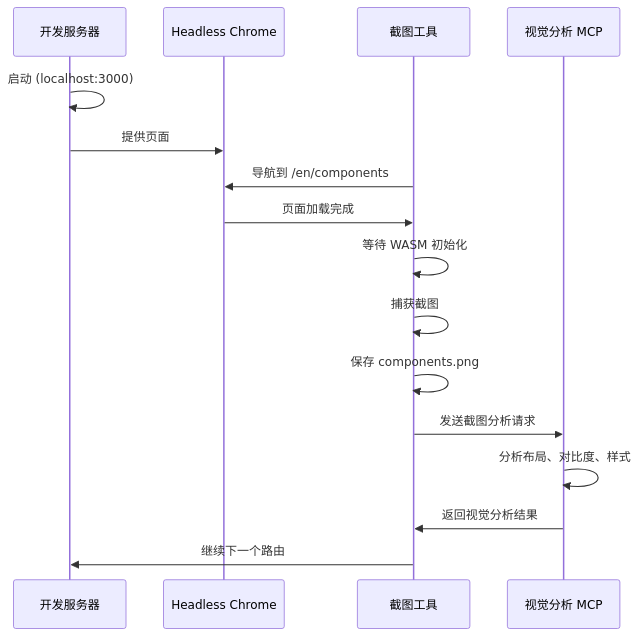
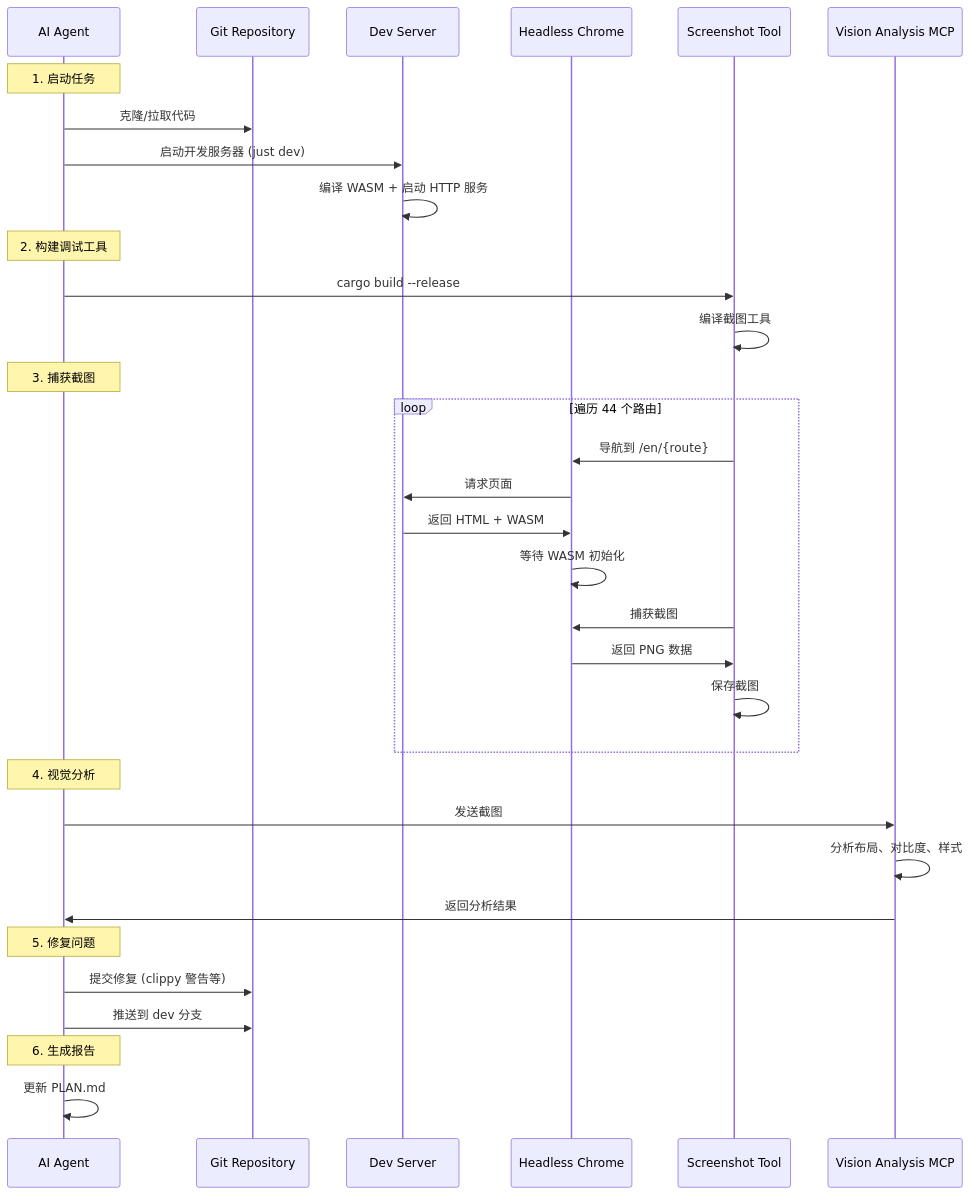
Before and after one commit to celestia-island/hikari: the diagram in PLAN.md, drawn with Mermaid. The commit also changed other lines of this file, not shown here.

Commit message:
docs: finalize PLAN.md - all tasks completed

````diff
--- a/PLAN.md
+++ b/PLAN.md
@@ -71,22 +41,41 @@
 ```mermaid
 sequenceDiagram
-    participant Dev as 开发服务器
-    participant Browser as Headless Chrome
-    participant Tool as 截图工具
-    participant MCP as 视觉分析 MCP
+    participant AI as AI Agent
+    participant Git as Git Repository
+    participant Server as Dev Server
+    participant Chrome as Headless Chrome
+    participant Screenshot as Screenshot Tool
+    participant Vision as Vision Analysis MCP
 
-    Dev->>Dev: 启动 (localhost:3000)
-    Dev->>Browser: 提供页面
+    Note over AI: 1. 启动任务
+    AI->>Git: 克隆/拉取代码
+    AI->>Server: 启动开发服务器 (just dev)
+    Server->>Server: 编译 WASM + 启动 HTTP 服务
 
-    Tool->>Browser: 导航到 /en/components
-    Browser->>Tool: 页面加载完成
-    Tool->>Tool: 等待 WASM 初始化
-    Tool->>Tool: 捕获截图
-    Tool->>Tool: 保存 components.png
+    Note over AI: 2. 构建调试工具
+    AI->>Screenshot: cargo build --release
+    Screenshot->>Screenshot: 编译截图工具
 
-    Tool->>MCP: 发送截图分析请求
-    MCP->>MCP: 分析布局、对比度、样式
-    MCP->>Tool: 返回视觉分析结果
+    Note over AI: 3. 捕获截图
+    loop 遍历 44 个路由
+        Screenshot->>Chrome: 导航到 /en/{route}
+        Chrome->>Server: 请求页面
+        Server->>Chrome: 返回 HTML + WASM
+        Chrome->>Chrome: 等待 WASM 初始化
+        Screenshot->>Chrome: 捕获截图
+        Chrome->>Screenshot: 返回 PNG 数据
+        Screenshot->>Screenshot: 保存截图
+    end
 
-    Tool->>Dev: 继续下一个路由
+    Note over AI: 4. 视觉分析
+    AI->>Vision: 发送截图
+    Vision->>Vision: 分析布局、对比度、样式
+    Vision->>AI: 返回分析结果
+
+    Note over AI: 5. 修复问题
+    AI->>Git: 提交修复 (clippy 警告等)
+    AI->>Git: 推送到 dev 分支
+
+    Note over AI: 6. 生成报告
+    AI->>AI: 更新 PLAN.md
 ```
````
